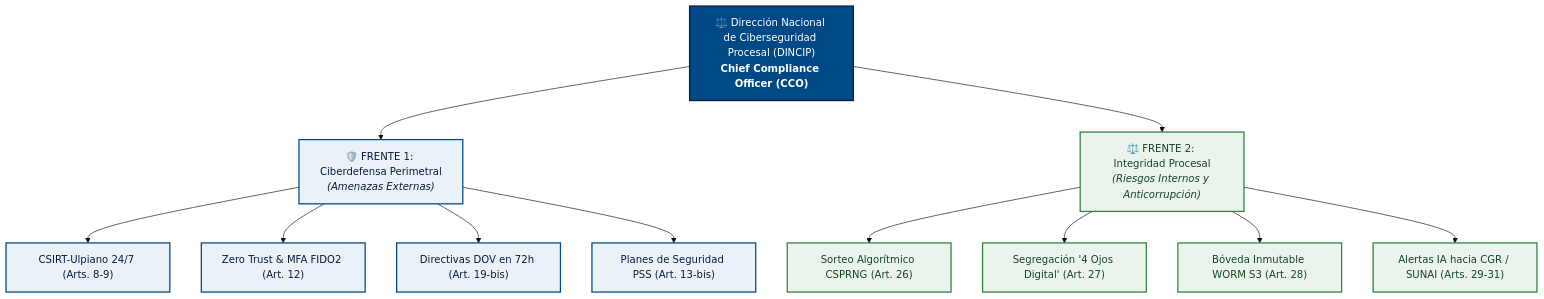
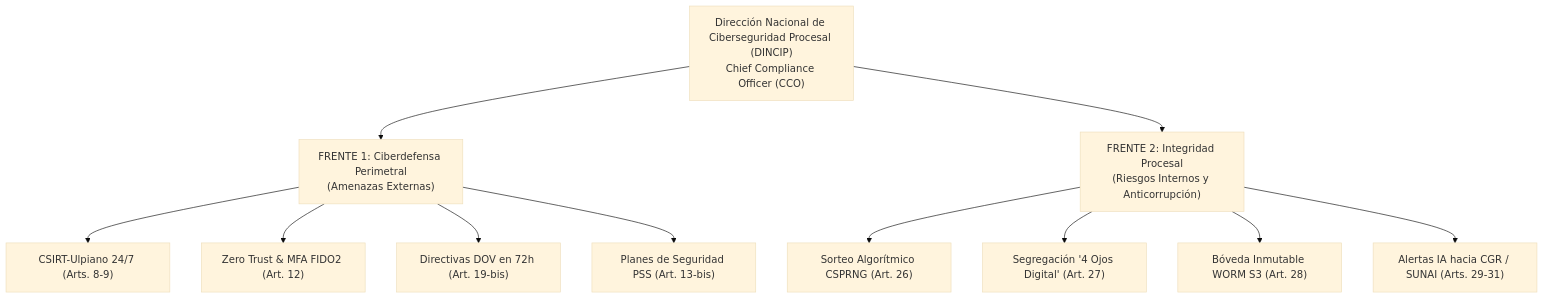
Before and after one commit to julljoll/Ulpiano-Chief-Compliance-Officer: the second of 3 diagrams in README.md, drawn with Mermaid (base theme). The commit also changed other lines of this file, not shown here.

````diff
--- a/README.md
+++ b/README.md
@@ -98,24 +97,17 @@
 ```mermaid
 flowchart TD
-    DINCIP["⚖️ Dirección Nacional de Ciberseguridad Procesal (DINCIP)<br><b>Chief Compliance Officer (CCO)</b>"]
+    DINCIP["Dirección Nacional de Ciberseguridad Procesal (DINCIP)<br/>Chief Compliance Officer (CCO)"]
     
-    DINCIP --> F1["🛡️ FRENTE 1: Ciberdefensa Perimetral<br><i>(Amenazas Externas)</i>"]
-    DINCIP --> F2["⚖️ FRENTE 2: Integridad Procesal<br><i>(Riesgos Internos y Anticorrupción)</i>"]
+    DINCIP --> F1["FRENTE 1: Ciberdefensa Perimetral<br/>(Amenazas Externas)"]
+    DINCIP --> F2["FRENTE 2: Integridad Procesal<br/>(Riesgos Internos y Anticorrupción)"]
     
     F1 --> A1["CSIRT-Ulpiano 24/7 (Arts. 8-9)"]
     F1 --> A2["Zero Trust & MFA FIDO2 (Art. 12)"]
     F1 --> A3["Directivas DOV en 72h (Art. 19-bis)"]
     F1 --> A4["Planes de Seguridad PSS (Art. 13-bis)"]
     
     F2 --> B1["Sorteo Algorítmico CSPRNG (Art. 26)"]
     F2 --> B2["Segregación '4 Ojos Digital' (Art. 27)"]
     F2 --> B3["Bóveda Inmutable WORM S3 (Art. 28)"]
     F2 --> B4["Alertas IA hacia CGR / SUNAI (Arts. 29-31)"]
-
-    classDef cco fill:#004987,stroke:#0b1b3d,stroke-width:2px,color:#ffffff;
-    classDef frente1 fill:#eaf2f8,stroke:#004987,stroke-width:2px,color:#0b1b3d;
-    classDef frente2 fill:#eaf4ec,stroke:#2e8540,stroke-width:2px,color:#154721;
-    class DINCIP cco;
-    class F1,A1,A2,A3,A4 frente1;
-    class F2,B1,B2,B3,B4 frente2;
 ```
````
